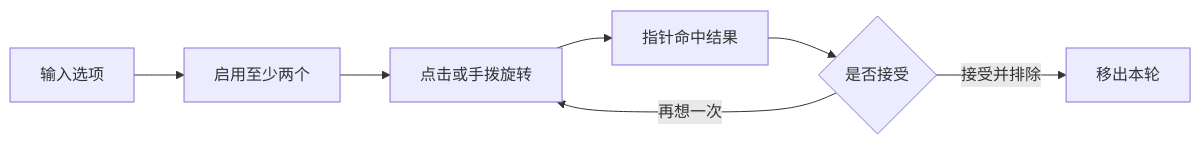
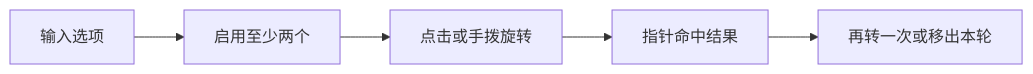
The third of 4 diagrams in docs/USER_GUIDE.md (shihg7/wechat_mini_program), drawn with Mermaid before and after one commit. The commit also changed other lines of this file and 110 other files, not shown here.

````diff
--- a/docs/USER_GUIDE.md
+++ b/docs/USER_GUIDE.md
@@ -400,9 +563,12 @@
 ```mermaid
 flowchart LR
-    A[输入选项] --> B[启用至少两个]
-    B --> C[点击或手拨旋转]
-    C --> D[指针命中结果]
-    D --> E{是否接受}
-    E -->|再想一次| C
-    E -->|接受并排除| F[移出本轮]
+    A["输入选项"]
+    B["启用至少两个"]
+    C["点击或手拨旋转"]
+    D["指针命中结果"]
+    E["再转一次或移出本轮"]
+    A --> B
+    B --> C
+    C --> D
+    D --> E
 ```
````
